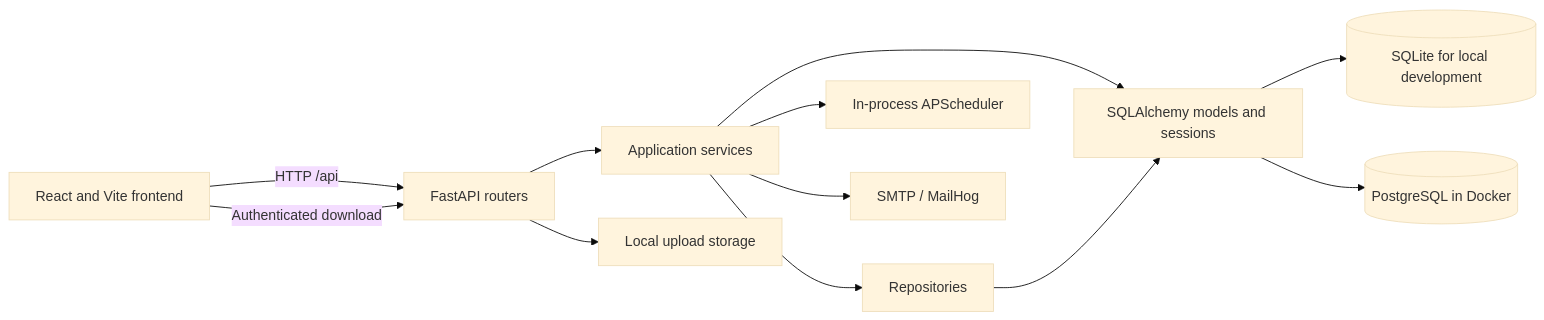
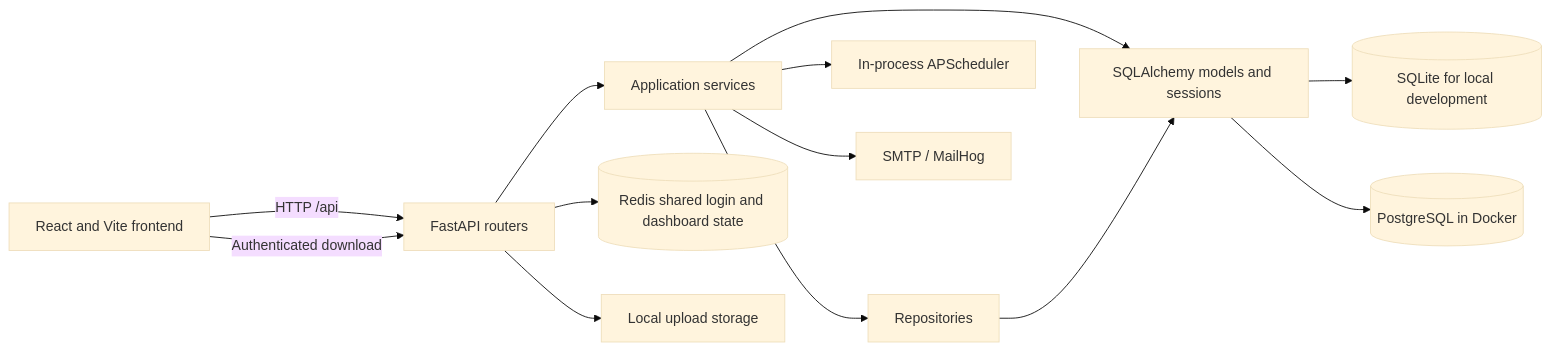
The first of 2 diagrams in README.md (raaj7000prajapati-crypto/Drishti), drawn with Mermaid (base theme) before and after one commit. The commit also changed other lines of this file and 10 other files, not shown here.

Commit message:
Move auth and dashboard state to Redis

````diff
--- a/README.md
+++ b/README.md
@@ -12,14 +12,15 @@
 ```mermaid
 flowchart LR
     Browser[React and Vite frontend] -->|HTTP /api| API[FastAPI routers]
     API --> Services[Application services]
     Services --> Repositories[Repositories]
     Services --> ORM[SQLAlchemy models and sessions]
     Repositories --> ORM
     ORM --> DB[(SQLite for local development)]
     ORM --> PG[(PostgreSQL in Docker)]
+    API --> SharedState[(Redis shared login and dashboard state)]
     Services --> Scheduler[In-process APScheduler]
     Services --> SMTP[SMTP / MailHog]
     API --> Storage[Local upload storage]
     Browser -->|Authenticated download| API
 ```
````
